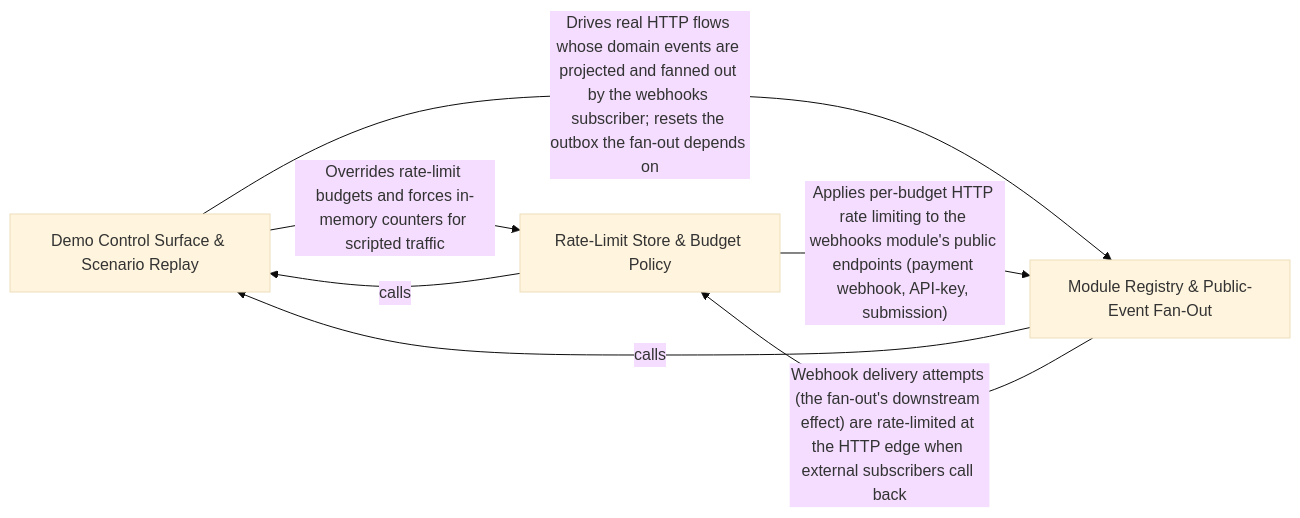
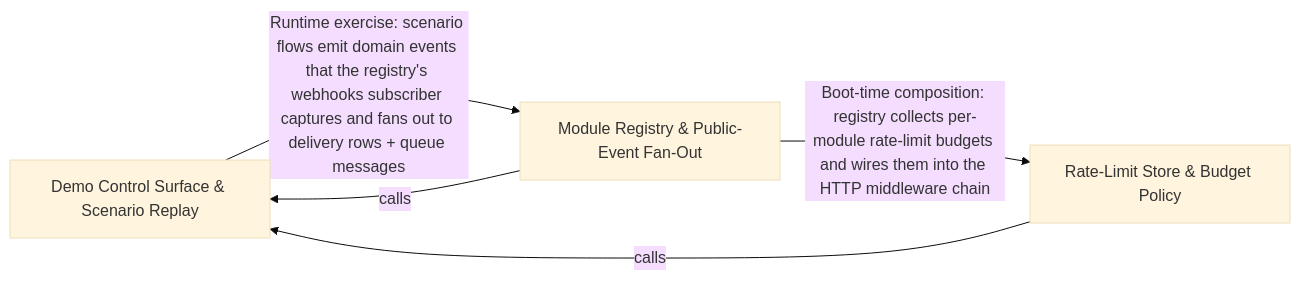
One commit to Guebbit/boilerplate-node-backend changed the diagram in .2brain/arch/Demo_Control_Surface_Test_Doubles.md. Above: the diagram before and after it, drawn with Mermaid (base theme). The commit also changed other lines of this file and 627 other files, not shown here.

````diff
--- a/.2brain/arch/Demo_Control_Surface_Test_Doubles.md
+++ b/.2brain/arch/Demo_Control_Surface_Test_Doubles.md
@@ -10,12 +10,10 @@
 ```mermaid
 graph LR
     Demo_Control_Surface_Scenario_Replay["Demo Control Surface & Scenario Replay"]
     Rate_Limit_Store_Budget_Policy["Rate-Limit Store & Budget Policy"]
     Module_Registry_Public_Event_Fan_Out["Module Registry & Public-Event Fan-Out"]
-    Demo_Control_Surface_Scenario_Replay -- "Overrides rate-limit budgets and forces in-memory counters for scripted traffic" --> Rate_Limit_Store_Budget_Policy
-    Demo_Control_Surface_Scenario_Replay -- "Drives real HTTP flows whose domain events are projected and fanned out by the webhooks subscriber; resets the outbox the fan-out depends on" --> Module_Registry_Public_Event_Fan_Out
+    Demo_Control_Surface_Scenario_Replay -- "Runtime exercise: scenario flows emit domain events that the registry's webhooks subscriber captures and fans out to delivery rows + queue messages" --> Module_Registry_Public_Event_Fan_Out
     Rate_Limit_Store_Budget_Policy -- "calls" --> Demo_Control_Surface_Scenario_Replay
-    Rate_Limit_Store_Budget_Policy -- "Applies per-budget HTTP rate limiting to the webhooks module's public endpoints (payment webhook, API-key, submission)" --> Module_Registry_Public_Event_Fan_Out
     Module_Registry_Public_Event_Fan_Out -- "calls" --> Demo_Control_Surface_Scenario_Replay
-    Module_Registry_Public_Event_Fan_Out -- "Webhook delivery attempts (the fan-out's downstream effect) are rate-limited at the HTTP edge when external subscribers call back" --> Rate_Limit_Store_Budget_Policy
+    Module_Registry_Public_Event_Fan_Out -- "Boot-time composition: registry collects per-module rate-limit budgets and wires them into the HTTP middleware chain" --> Rate_Limit_Store_Budget_Policy
 ```
````
